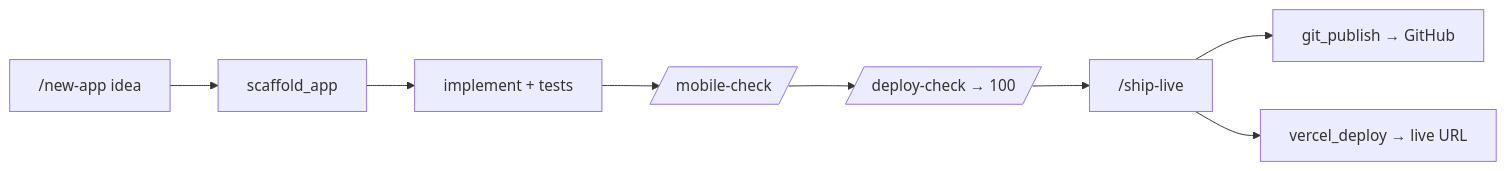
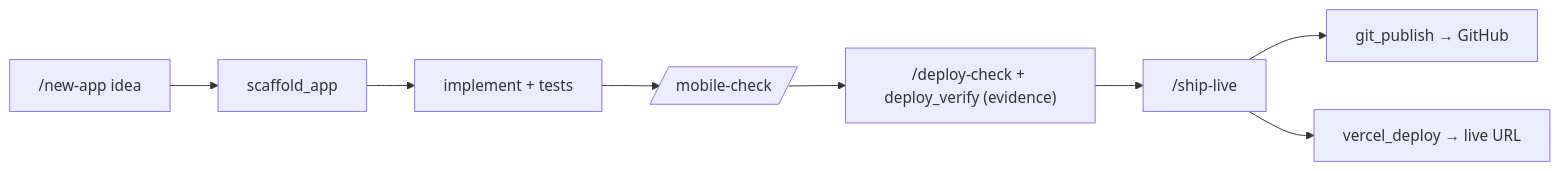
Before and after one commit to MoblyJ/engine-ai: the first of 5 diagrams in README.md, drawn with Mermaid. The commit also changed other lines of this file, not shown here.

First line of the commit message:
docs: README updated for v0.17 — multi-agent runtime, keys.csv flow, npm install

````diff
--- a/README.md
+++ b/README.md
@@ -142,10 +161,10 @@
 ```mermaid
 flowchart LR
   A["/new-app idea"] --> B[scaffold_app]
   B --> C[implement + tests]
   C --> D[/mobile-check/]
-  D --> E[/deploy-check → 100/]
+  D --> E["/deploy-check + deploy_verify (evidence)"]
   E --> F["/ship-live"]
   F --> G[git_publish → GitHub]
   F --> H[vercel_deploy → live URL]
 ```
````
